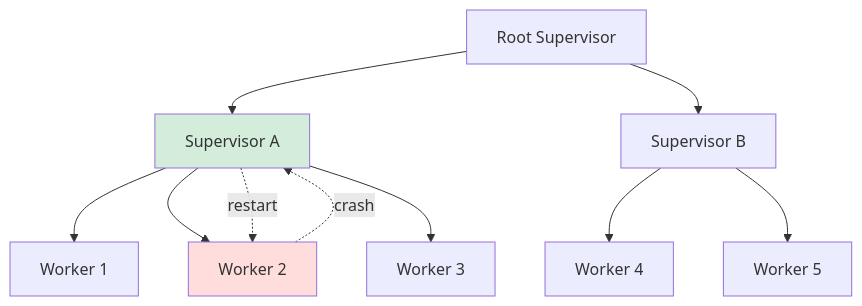
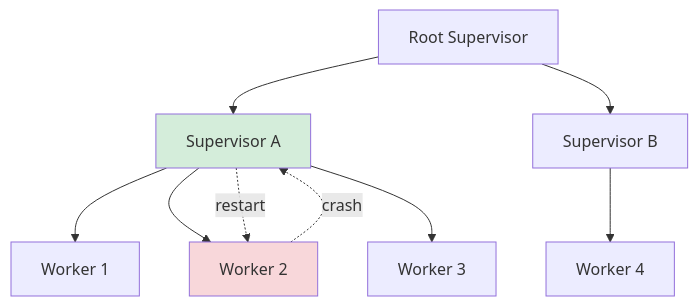
Before and after one commit to chongyang211/YCBookBlog: the fifth of 9 diagrams in 00.通用技术的提升/02.程序编程原理/03.第3卷并发之道/3.14.Actor与CSP并发模型.md, drawn with Mermaid. The commit also changed other lines of this file and 45 other files, not shown here.

````diff
--- a/00.通用技术的提升/02.程序编程原理/03.第3卷并发之道/3.14.Actor与CSP并发模型.md
+++ b/00.通用技术的提升/02.程序编程原理/03.第3卷并发之道/3.14.Actor与CSP并发模型.md
@@ -233,16 +558,15 @@
 ```mermaid
 flowchart TB
     ROOT[Root Supervisor] --> A[Supervisor A]
     ROOT --> B[Supervisor B]
     A --> W1[Worker 1]
     A --> W2[Worker 2]
     A --> W3[Worker 3]
     B --> W4[Worker 4]
-    B --> W5[Worker 5]
-
+    
     W2 -.crash.-> A
     A -.restart.-> W2
-
-    style W2 fill:#ffdddd
+    
+    style W2 fill:#f8d7da
     style A fill:#d4edda
 ```
````
